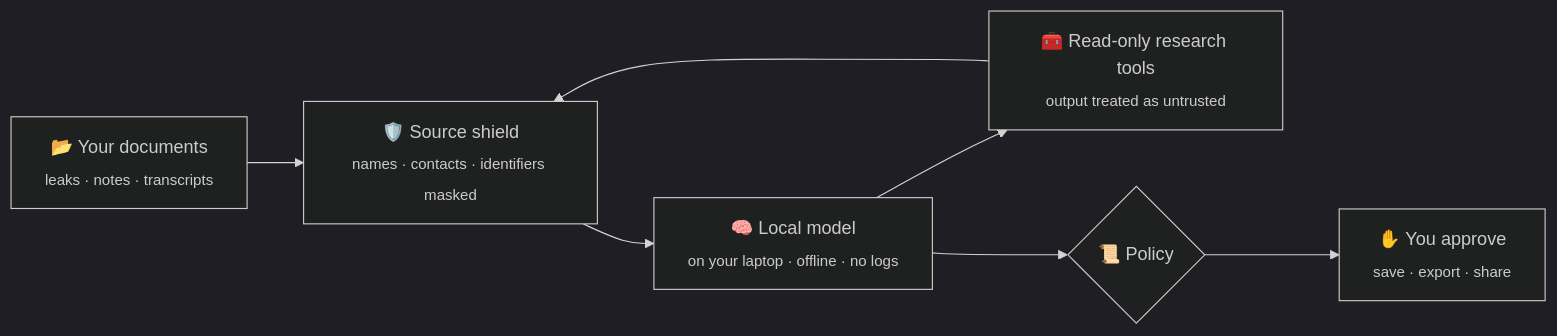
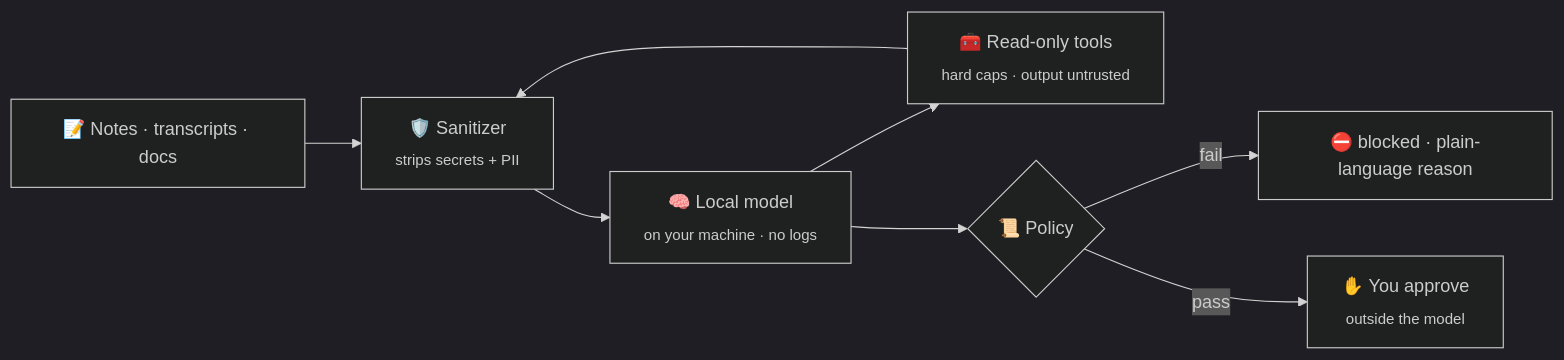
Before and after one commit to 9lordisgod/salomon: the first of 2 diagrams in README.md, drawn with Mermaid (dark theme). The commit also changed other lines of this file and 3 other files, not shown here.

Commit message:
docs: Phase 3 claims discipline (STATUS/PROGRESS/README/ARCHITECTURE)

````diff
--- a/README.md
+++ b/README.md
@@ -10,9 +13,10 @@
 ```mermaid
 flowchart LR
-    D["📂 Your documents<br/><sub>leaks · notes · transcripts</sub>"] --> S["🛡️ Source shield<br/><sub>names · contacts · identifiers masked</sub>"]
-    S --> M["🧠 Local model<br/><sub>on your laptop · offline · no logs</sub>"]
-    M --> T["🧰 Read-only research tools<br/><sub>output treated as untrusted</sub>"]
-    T --> S
-    M --> P{"📜 Policy"}
-    P --> Y["✋ You approve<br/><sub>save · export · share</sub>"]
+  A["📝 Notes · transcripts · docs"] --> B["🛡️ Sanitizer<br/><sub>strips secrets + PII</sub>"]
+  B --> C["🧠 Local model<br/><sub>on your machine · no logs</sub>"]
+  C --> T["🧰 Read-only tools<br/><sub>hard caps · output untrusted</sub>"]
+  T --> B
+  C --> P{"📜 Policy"}
+  P -->|fail| X["⛔ blocked · plain-language reason"]
+  P -->|pass| H["✋ You approve<br/><sub>outside the model</sub>"]
 ```
````
